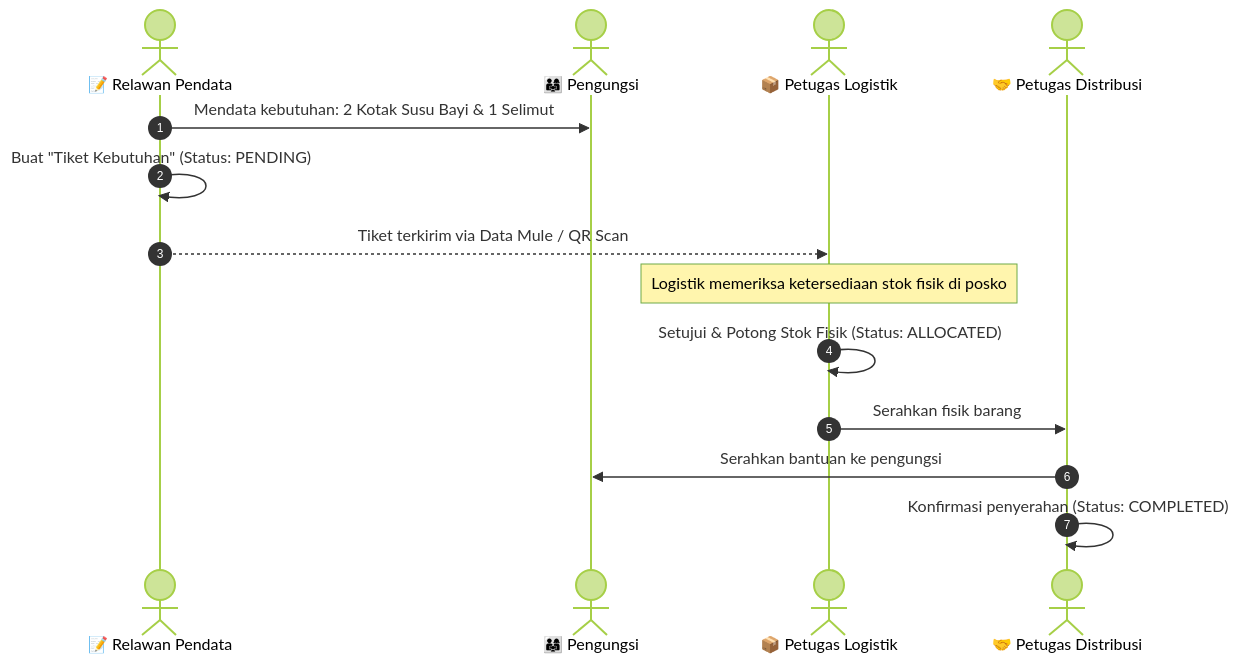
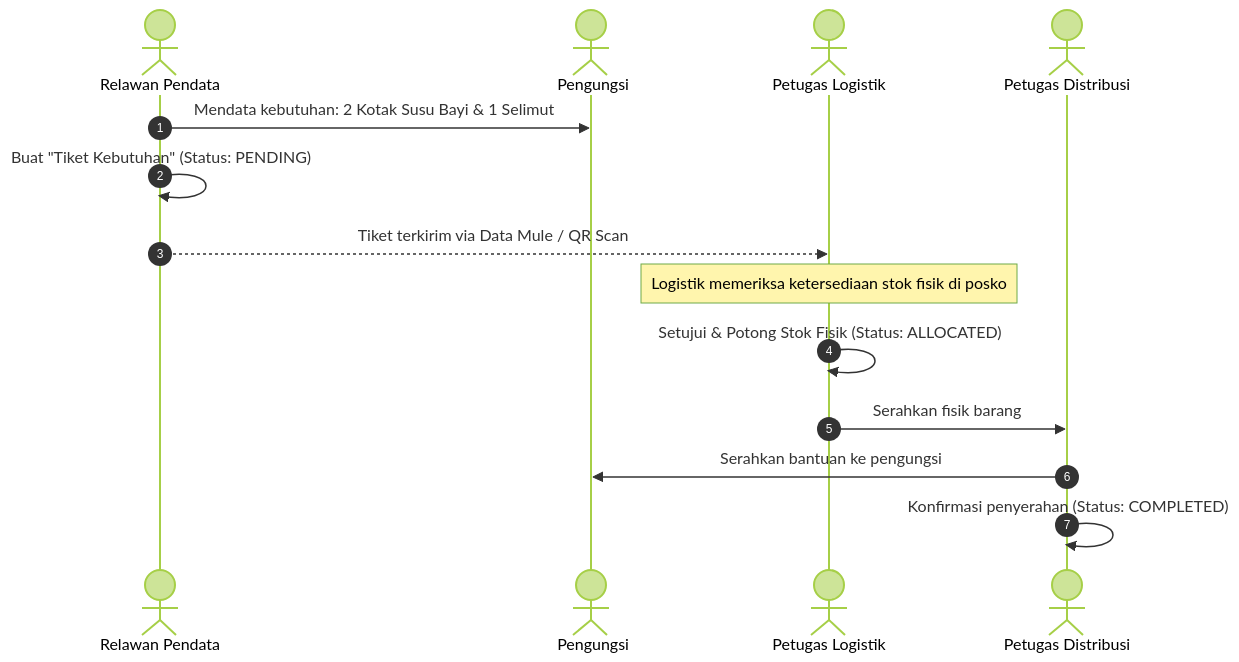
Before and after one commit to untacorp/sandya: the fifth of 5 diagrams in docs/event-sourcing-dan-hierarki.md, drawn with Mermaid (forest theme). The commit also changed other lines of this file and 218 other files, not shown here.

````diff
--- a/docs/event-sourcing-dan-hierarki.md
+++ b/docs/event-sourcing-dan-hierarki.md
@@ -169,17 +169,17 @@
 ```mermaid
 sequenceDiagram
-    autonumber
-    actor Relawan as 📝 Relawan Pendata
-    actor Pengungsi as 👨‍👩‍👧 Pengungsi
-    actor Logistik as 📦 Petugas Logistik
-    actor Runner as 🤝 Petugas Distribusi
+  autonumber
+  actor Relawan as  Relawan Pendata
+  actor Pengungsi as ‍‍ Pengungsi
+  actor Logistik as  Petugas Logistik
+  actor Runner as  Petugas Distribusi
 
-    Relawan->>Pengungsi: Mendata kebutuhan: 2 Kotak Susu Bayi & 1 Selimut
-    Relawan->>Relawan: Buat "Tiket Kebutuhan" (Status: PENDING)
-    Relawan-->>Logistik: Tiket terkirim via Data Mule / QR Scan
-    Note over Logistik: Logistik memeriksa ketersediaan stok fisik di posko
-    Logistik->>Logistik: Setujui & Potong Stok Fisik (Status: ALLOCATED)
-    Logistik->>Runner: Serahkan fisik barang
-    Runner->>Pengungsi: Serahkan bantuan ke pengungsi
-    Runner->>Runner: Konfirmasi penyerahan (Status: COMPLETED)
+  Relawan->>Pengungsi: Mendata kebutuhan: 2 Kotak Susu Bayi & 1 Selimut
+  Relawan->>Relawan: Buat "Tiket Kebutuhan" (Status: PENDING)
+  Relawan-->>Logistik: Tiket terkirim via Data Mule / QR Scan
+  Note over Logistik: Logistik memeriksa ketersediaan stok fisik di posko
+  Logistik->>Logistik: Setujui & Potong Stok Fisik (Status: ALLOCATED)
+  Logistik->>Runner: Serahkan fisik barang
+  Runner->>Pengungsi: Serahkan bantuan ke pengungsi
+  Runner->>Runner: Konfirmasi penyerahan (Status: COMPLETED)
 ```
````
